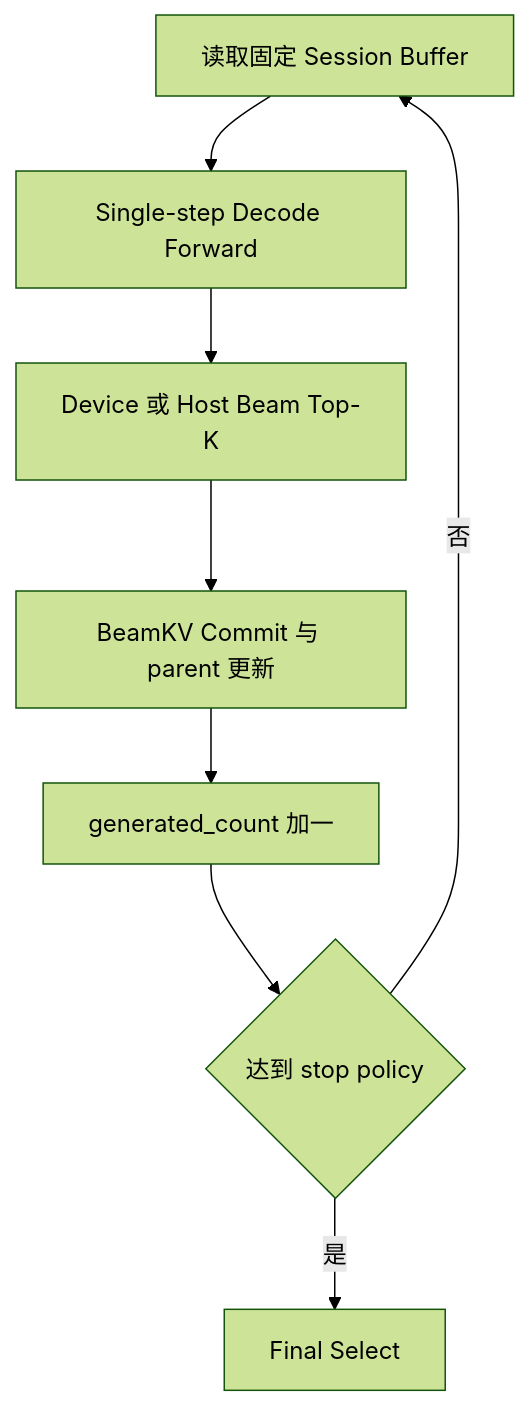
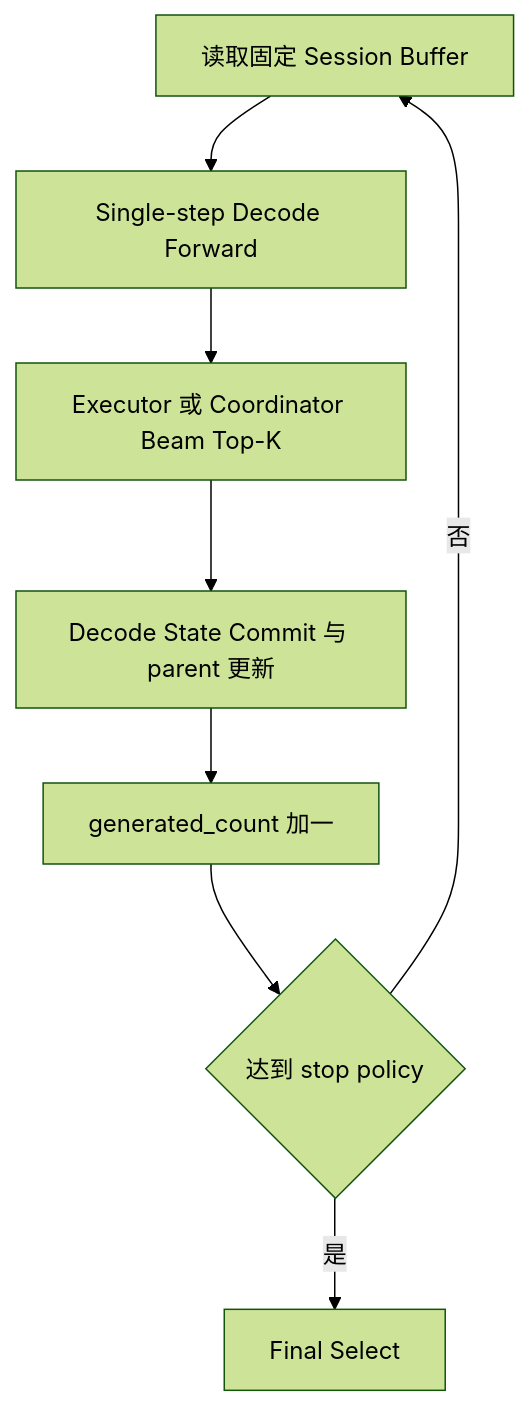
Before and after one commit to zhanghanleo10/gr-related: the ninth of 10 diagrams in GR/nearline_batch_scheduler_and_input_protocol_design.md, drawn with Mermaid (forest theme). The commit also changed other lines of this file, not shown here.

````diff
--- a/GR/nearline_batch_scheduler_and_input_protocol_design.md
+++ b/GR/nearline_batch_scheduler_and_input_protocol_design.md
@@ -958,10 +1040,10 @@
 ```mermaid
 flowchart TD
     S["读取固定 Session Buffer"] --> F["Single-step Decode Forward"]
-    F --> K["Device 或 Host Beam Top-K"]
-    K --> C["BeamKV Commit 与 parent 更新"]
+    F --> K["Executor 或 Coordinator Beam Top-K"]
+    K --> C["Decode State Commit 与 parent 更新"]
     C --> U["generated_count 加一"]
     U --> Q{"达到 stop policy"}
     Q -->|否| S
     Q -->|是| O["Final Select"]
 ```
````
